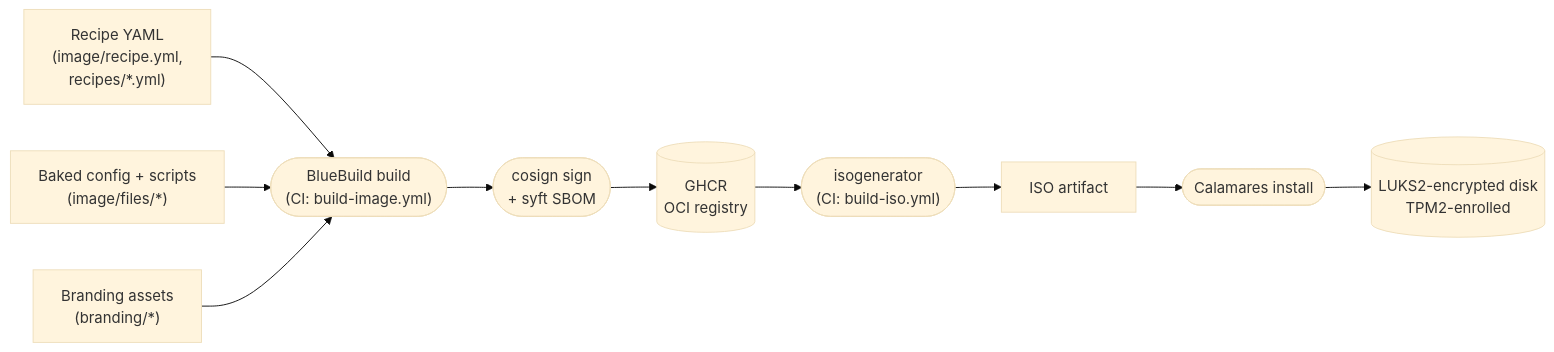
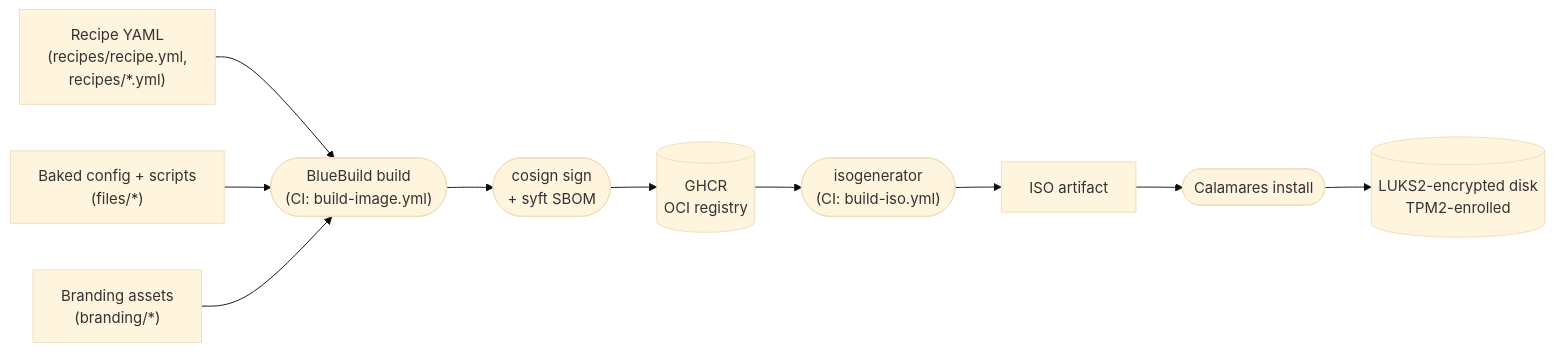
Before and after one commit to Gauthambinoy20/Orion-OS: the second of 3 diagrams in docs/architecture.md, drawn with Mermaid (base theme). The commit also changed 25 other files, not shown here.

````diff
--- a/docs/architecture.md
+++ b/docs/architecture.md
@@ -55,21 +55,21 @@
 ```mermaid
 flowchart LR
-    src1["Recipe YAML<br/>(image/recipe.yml,<br/>recipes/*.yml)"]
-    src2["Baked config + scripts<br/>(image/files/*)"]
+    src1["Recipe YAML<br/>(recipes/recipe.yml,<br/>recipes/*.yml)"]
+    src2["Baked config + scripts<br/>(files/*)"]
     src3["Branding assets<br/>(branding/*)"]
 
     build(["BlueBuild build<br/>(CI: build-image.yml)"])
     sign(["cosign sign<br/>+ syft SBOM"])
     ghcr[("GHCR<br/>OCI registry")]
     isogen(["isogenerator<br/>(CI: build-iso.yml)"])
     isoart["ISO artifact"]
     calamares(["Calamares install"])
     disk[("LUKS2-encrypted disk<br/>TPM2-enrolled")]
 
     src1 --> build
     src2 --> build
     src3 --> build
     build --> sign --> ghcr
     ghcr --> isogen --> isoart
     isoart --> calamares --> disk
 ```
````
